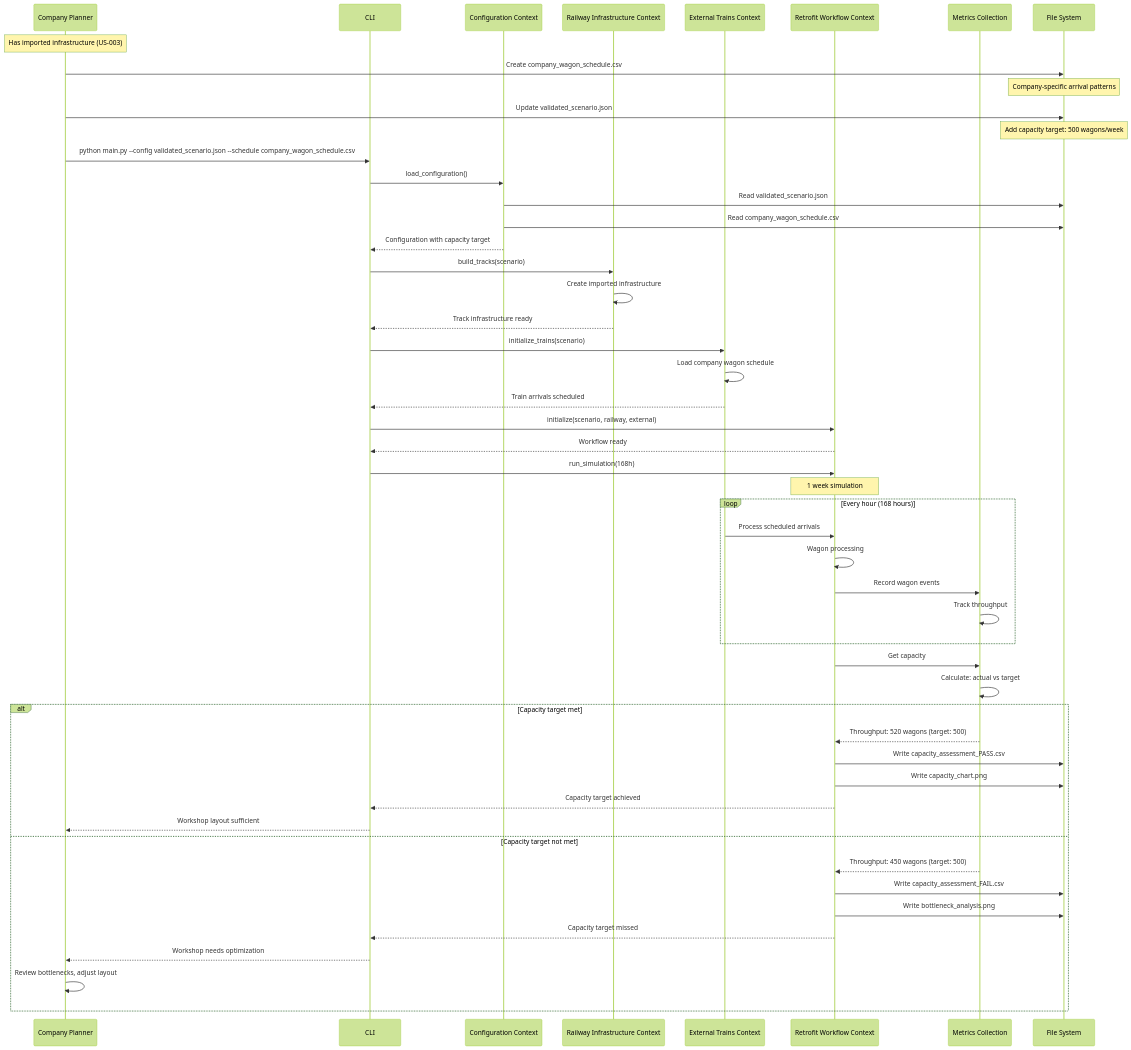
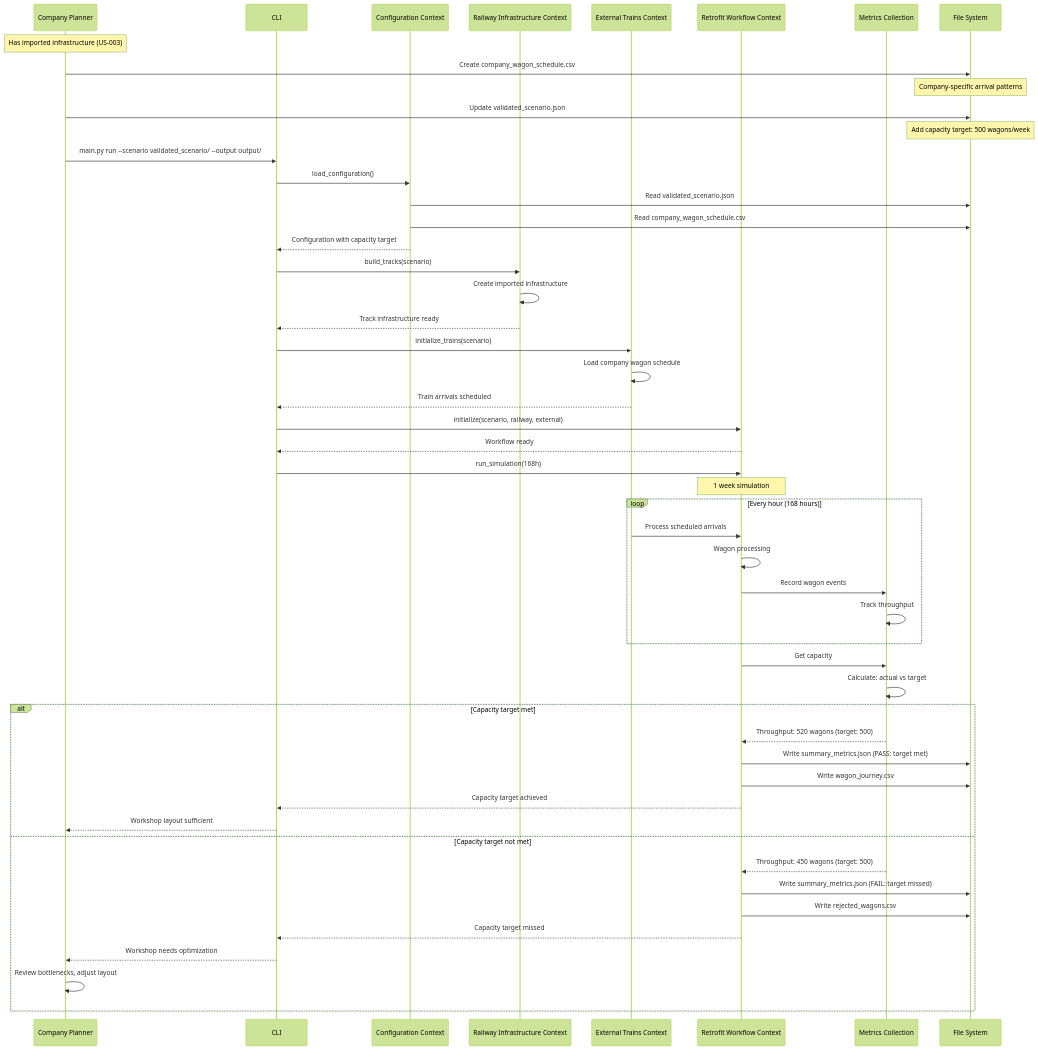
One commit to OpenRailAssociation/dac-migration-dss-popupsim changed the fifth of 8 diagrams in docs/mvp/architecture/06-runtime.md. Above: the diagram before and after it, drawn with Mermaid (forest theme). The commit also changed other lines of this file and 73 other files, not shown here.

````diff
--- a/docs/mvp/architecture/06-runtime.md
+++ b/docs/mvp/architecture/06-runtime.md
@@ -292,63 +293,63 @@
 ```mermaid
 sequenceDiagram
     participant Planner as Company Planner
     participant CLI as CLI
     participant Config as Configuration Context
     participant Railway as Railway Infrastructure Context
     participant External as External Trains Context
     participant Retrofit as Retrofit Workflow Context
     participant Metrics as Metrics Collection
     participant Files as File System
 
     Note over Planner: Has imported infrastructure (US-003)
 
     Planner->>Files: Create company_wagon_schedule.csv
     Note over Files: Company-specific arrival patterns
     Planner->>Files: Update validated_scenario.json
     Note over Files: Add capacity target: 500 wagons/week
 
-    Planner->>CLI: python main.py --config validated_scenario.json --schedule company_wagon_schedule.csv
+    Planner->>CLI: main.py run --scenario validated_scenario/ --output output/
     CLI->>Config: load_configuration()
     Config->>Files: Read validated_scenario.json
     Config->>Files: Read company_wagon_schedule.csv
     Config-->>CLI: Configuration with capacity target
 
     CLI->>Railway: build_tracks(scenario)
     Railway->>Railway: Create imported infrastructure
     Railway-->>CLI: Track infrastructure ready
     
     CLI->>External: initialize_trains(scenario)
     External->>External: Load company wagon schedule
     External-->>CLI: Train arrivals scheduled
     
     CLI->>Retrofit: initialize(scenario, railway, external)
     Retrofit-->>CLI: Workflow ready
 
     CLI->>Retrofit: run_simulation(168h)
     Note over Retrofit: 1 week simulation
 
     loop Every hour (168 hours)
         External->>Retrofit: Process scheduled arrivals
         Retrofit->>Retrofit: Wagon processing
         Retrofit->>Metrics: Record wagon events
         Metrics->>Metrics: Track throughput
     end
 
     Retrofit->>Metrics: Get capacity
     Metrics->>Metrics: Calculate: actual vs target
 
     alt Capacity target met
         Metrics-->>Retrofit: Throughput: 520 wagons (target: 500)
-        Retrofit->>Files: Write capacity_assessment_PASS.csv
-        Retrofit->>Files: Write capacity_chart.png
+        Retrofit->>Files: Write summary_metrics.json (PASS: target met)
+        Retrofit->>Files: Write wagon_journey.csv
         Retrofit-->>CLI: Capacity target achieved
         CLI-->>Planner: Workshop layout sufficient
     else Capacity target not met
         Metrics-->>Retrofit: Throughput: 450 wagons (target: 500)
-        Retrofit->>Files: Write capacity_assessment_FAIL.csv
-        Retrofit->>Files: Write bottleneck_analysis.png
+        Retrofit->>Files: Write summary_metrics.json (FAIL: target missed)
+        Retrofit->>Files: Write rejected_wagons.csv
         Retrofit-->>CLI: Capacity target missed
         CLI-->>Planner: Workshop needs optimization
         Planner->>Planner: Review bottlenecks, adjust layout
     end
 ```
````
